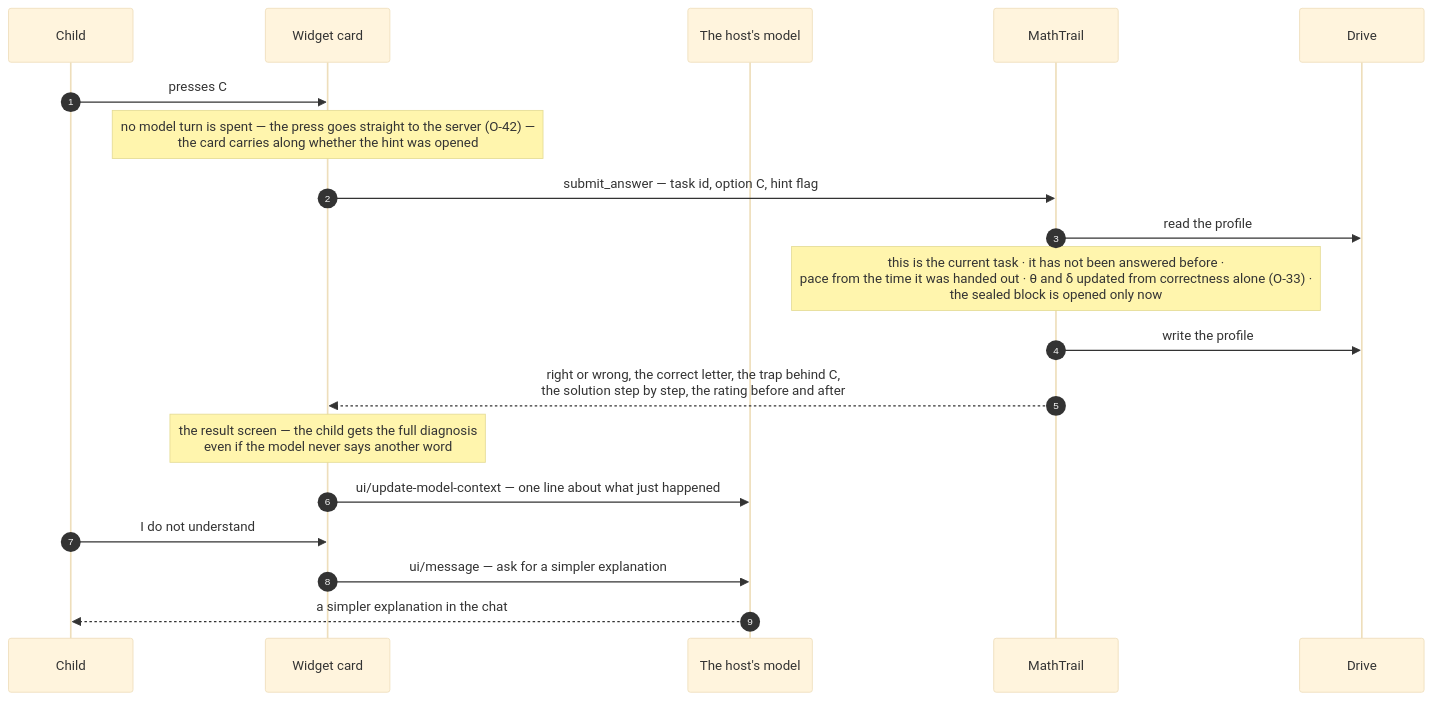
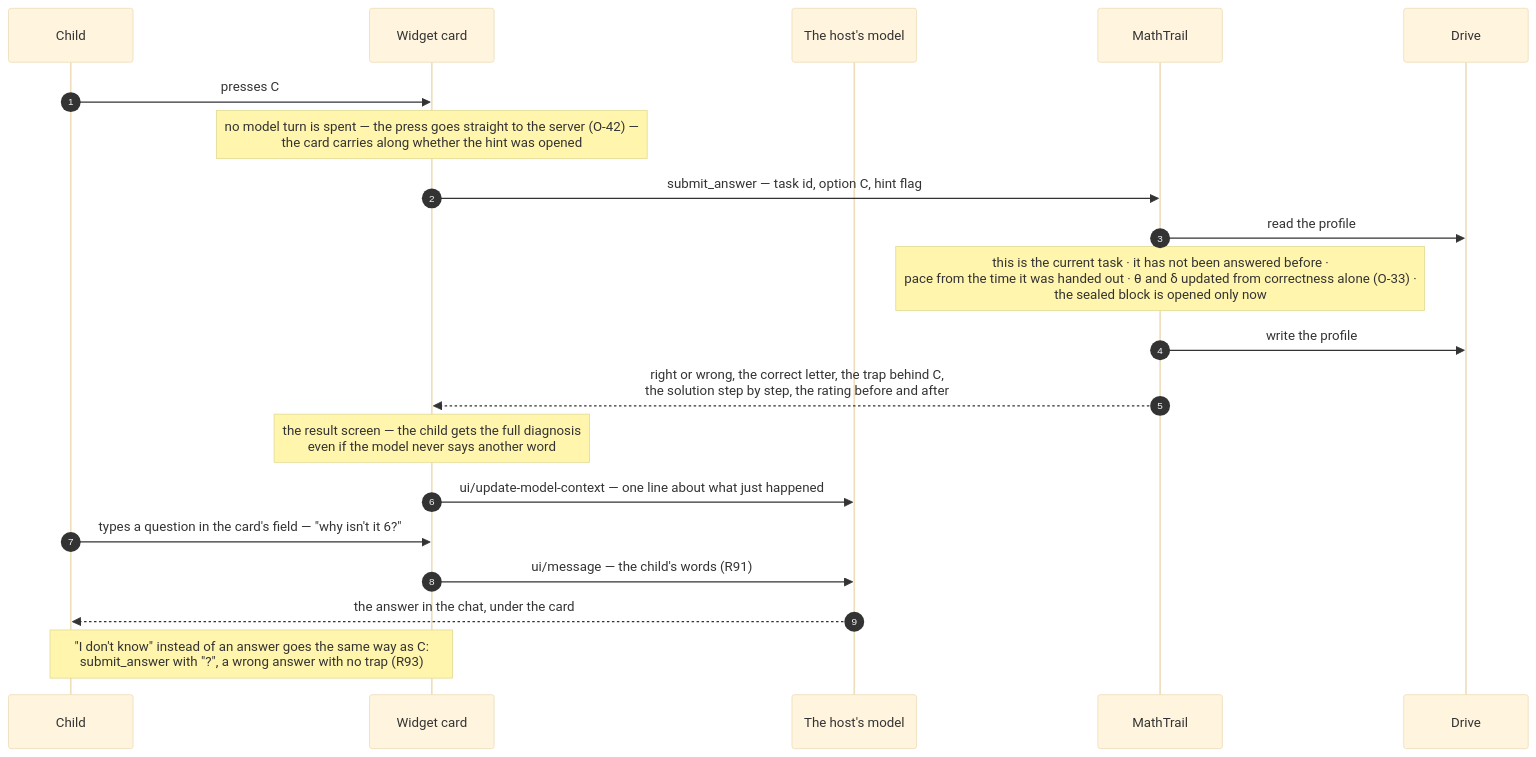
The third of 6 diagrams in docs/architecture/03-flows.md (MathTrail/mathtrail-standalone), drawn with Mermaid (base theme) before and after one commit. The commit also changed other lines of this file and 40 other files, not shown here.

````diff
--- a/docs/architecture/03-flows.md
+++ b/docs/architecture/03-flows.md
@@ -116,22 +117,23 @@
 ```mermaid
 sequenceDiagram
     autonumber
     participant K as Child
     participant W as Widget card
     participant M as The host's model
     participant MT as MathTrail
     participant D as Drive
 
     K->>W: presses C
     Note over W: no model turn is spent — the press goes straight to the server (О-42) —<br/>the card carries along whether the hint was opened
     W->>MT: submit_answer — task id, option C, hint flag
     MT->>D: read the profile
     Note over MT: this is the current task · it has not been answered before ·<br/>pace from the time it was handed out · θ and δ updated from correctness alone (О-33) ·<br/>the sealed block is opened only now
     MT->>D: write the profile
     MT-->>W: right or wrong, the correct letter, the trap behind C,<br/>the solution step by step, the rating before and after
     Note over W: the result screen — the child gets the full diagnosis<br/>even if the model never says another word
     W->>M: ui/update-model-context — one line about what just happened
-    K->>W: I do not understand
-    W->>M: ui/message — ask for a simpler explanation
-    M-->>K: a simpler explanation in the chat
+    K->>W: types a question in the card's field — "why isn't it 6?"
+    W->>M: ui/message — the child's words (R91)
+    M-->>K: the answer in the chat, under the card
+    Note over K,W: "I don't know" instead of an answer goes the same way as C:<br/>submit_answer with "?", a wrong answer with no trap (R93)
 ```
````
